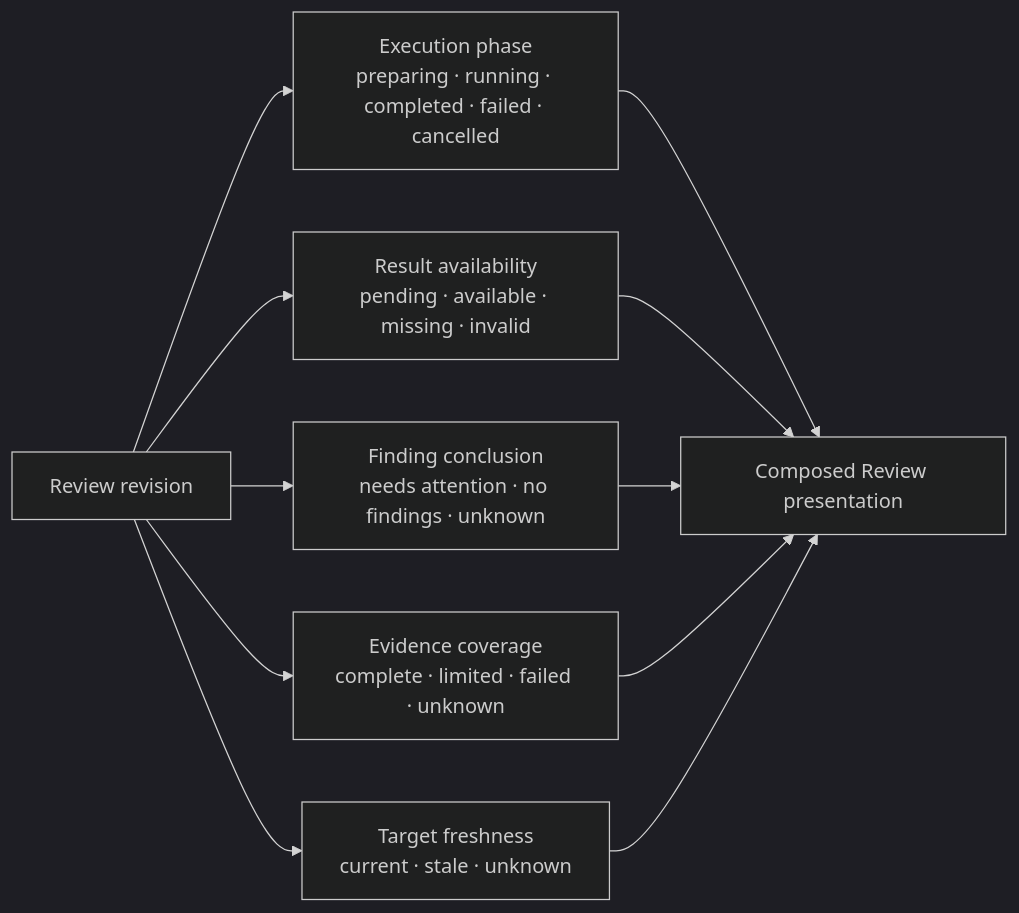
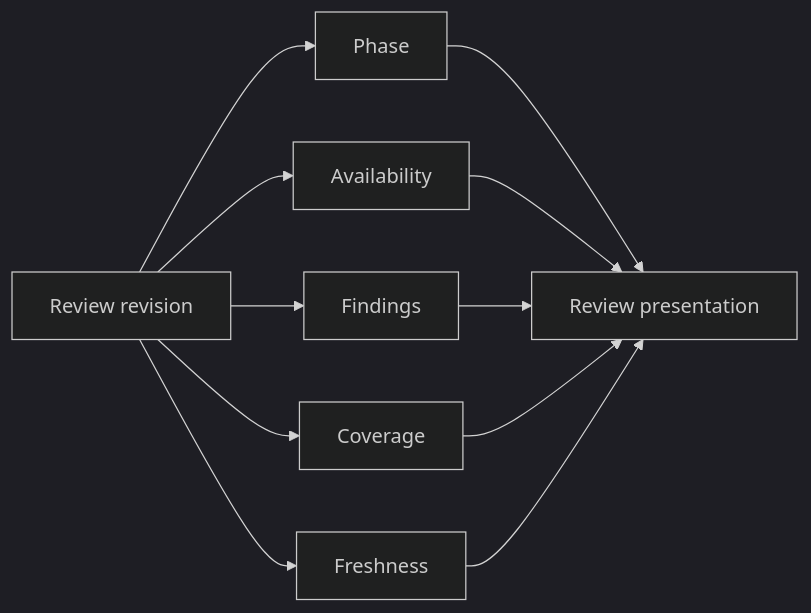
The third of 8 diagrams in docs/architecture/review-lifecycle.md (1688mengdie/BitFun), drawn with Mermaid (dark theme) before and after one commit. The commit also changed other lines of this file and 6 other files, not shown here.

````diff
--- a/docs/architecture/review-lifecycle.md
+++ b/docs/architecture/review-lifecycle.md
@@ -160,14 +162,13 @@
 ```mermaid
 flowchart LR
-    Revision["Review revision"] --> Execution["Execution phase<br/>preparing · running · completed · failed · cancelled"]
-    Revision --> Availability["Result availability<br/>pending · available · missing · invalid"]
-    Revision --> Findings["Finding conclusion<br/>needs attention · no findings · unknown"]
-    Revision --> Coverage["Evidence coverage<br/>complete · limited · failed · unknown"]
-    Revision --> Freshness["Target freshness<br/>current · stale · unknown"]
-
-    Execution --> Surface["Composed Review presentation"]
-    Availability --> Surface
-    Findings --> Surface
-    Coverage --> Surface
-    Freshness --> Surface
+    Revision["Review revision"] --> Phase["Phase"]
+    Revision --> Availability["Availability"]
+    Revision --> Findings["Findings"]
+    Revision --> Coverage["Coverage"]
+    Revision --> Freshness["Freshness"]
+    Phase --> View["Review presentation"]
+    Availability --> View
+    Findings --> View
+    Coverage --> View
+    Freshness --> View
 ```
````
